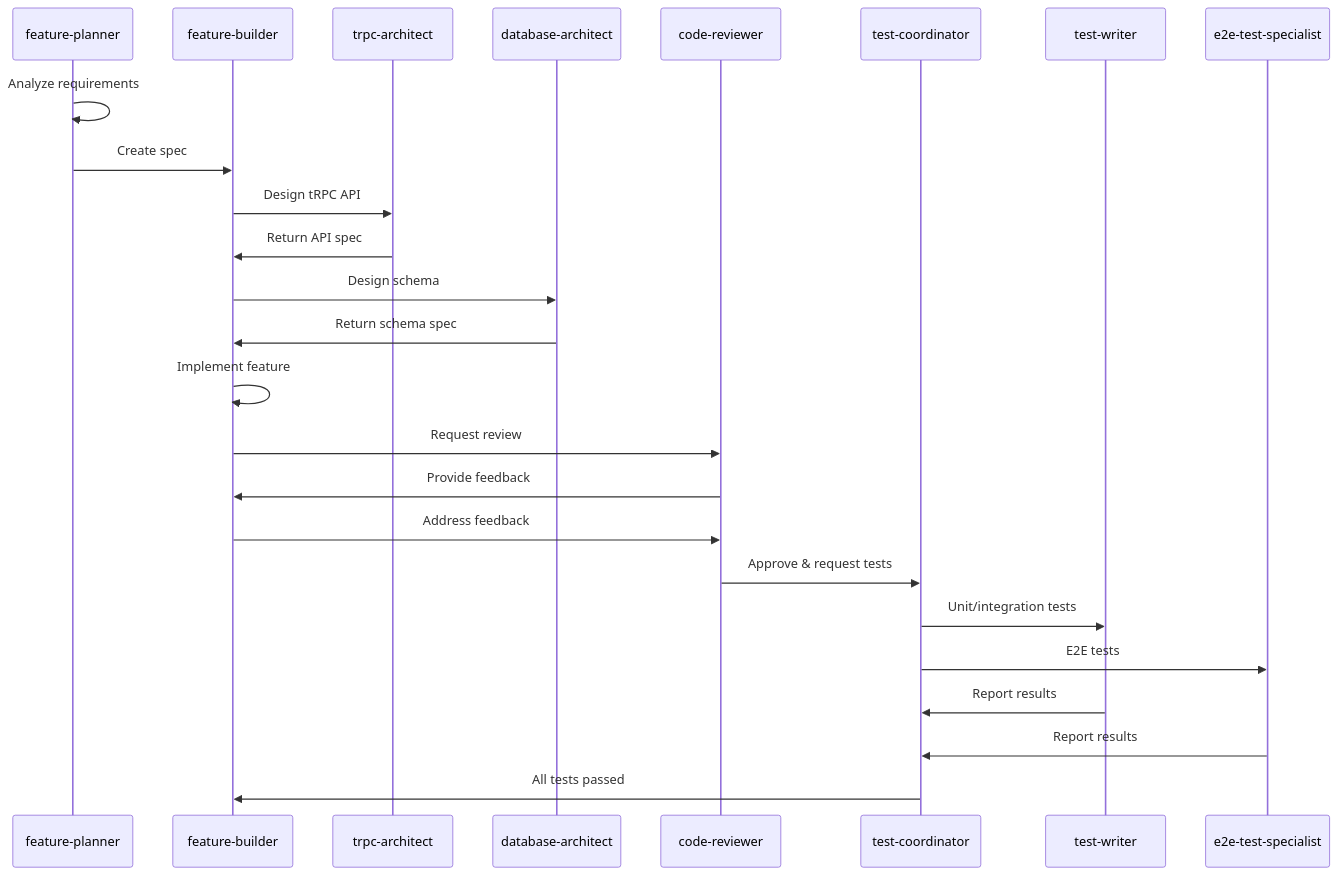
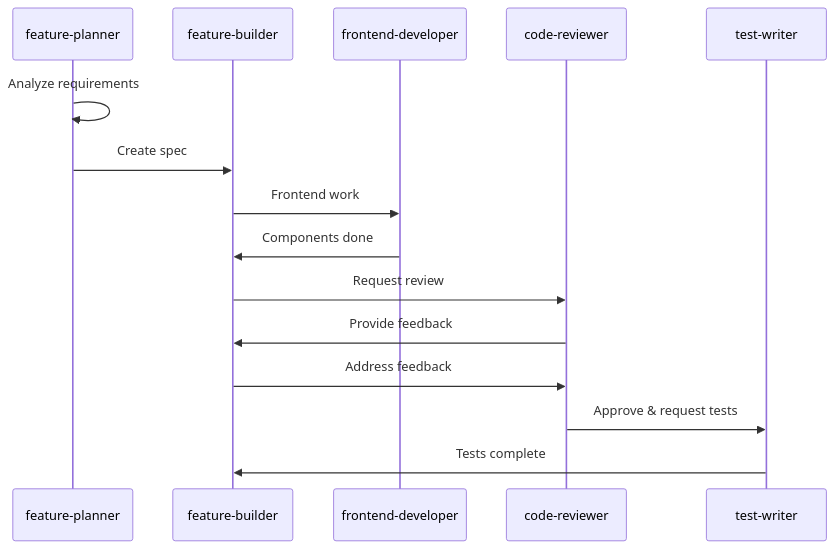
One commit to rayzru/info-web changed the second of 2 diagrams in AGENT_LIST.md. Above: the diagram before and after it, drawn with Mermaid. The commit also changed other lines of this file and 163 other files, not shown here.

````diff
--- a/AGENT_LIST.md
+++ b/AGENT_LIST.md
@@ -376,28 +119,18 @@
 ```mermaid
 sequenceDiagram
     participant FP as feature-planner
     participant FB as feature-builder
-    participant TA as trpc-architect
-    participant DA as database-architect
+    participant FD as frontend-developer
     participant CR as code-reviewer
-    participant TCo as test-coordinator
     participant TW as test-writer
-    participant E2E as e2e-test-specialist
 
     FP->>FP: Analyze requirements
     FP->>FB: Create spec
-    FB->>TA: Design tRPC API
-    TA->>FB: Return API spec
-    FB->>DA: Design schema
-    DA->>FB: Return schema spec
-    FB->>FB: Implement feature
+    FB->>FD: Frontend work
+    FD->>FB: Components done
     FB->>CR: Request review
     CR->>FB: Provide feedback
     FB->>CR: Address feedback
-    CR->>TCo: Approve & request tests
-    TCo->>TW: Unit/integration tests
-    TCo->>E2E: E2E tests
-    TW->>TCo: Report results
-    E2E->>TCo: Report results
-    TCo->>FB: All tests passed
+    CR->>TW: Approve & request tests
+    TW->>FB: Tests complete
 ```
````
